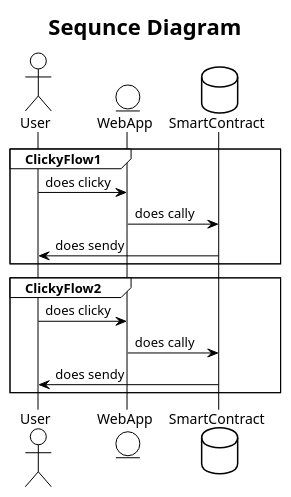
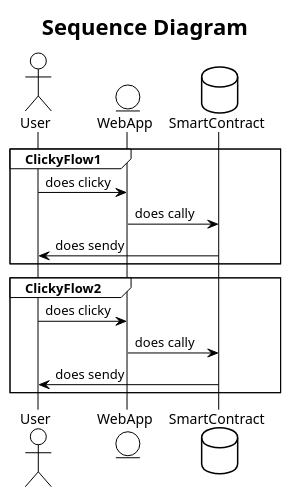
One commit to FrankBevr/100-Ideas changed the third of 3 diagrams in practice/12/12-Ideas.md. Above: the diagram before and after it, drawn with PlantUML. The commit also changed other lines of this file and 1 other file, not shown here.

````diff
--- a/practice/12/12-Ideas.md
+++ b/practice/12/12-Ideas.md
@@ -106,21 +120,21 @@
 ```plantuml
 !theme plain
-title Sequnce Diagram
+title Sequence Diagram
 
 actor User
 entity WebApp
 database SmartContract
 
 group ClickyFlow1
 User -> WebApp: does clicky
 WebApp -> SmartContract: does cally
 SmartContract -> User: does sendy
 end
 
 group ClickyFlow2
 User -> WebApp: does clicky
 WebApp -> SmartContract: does cally
 SmartContract -> User: does sendy
 end
 
 ```
````
